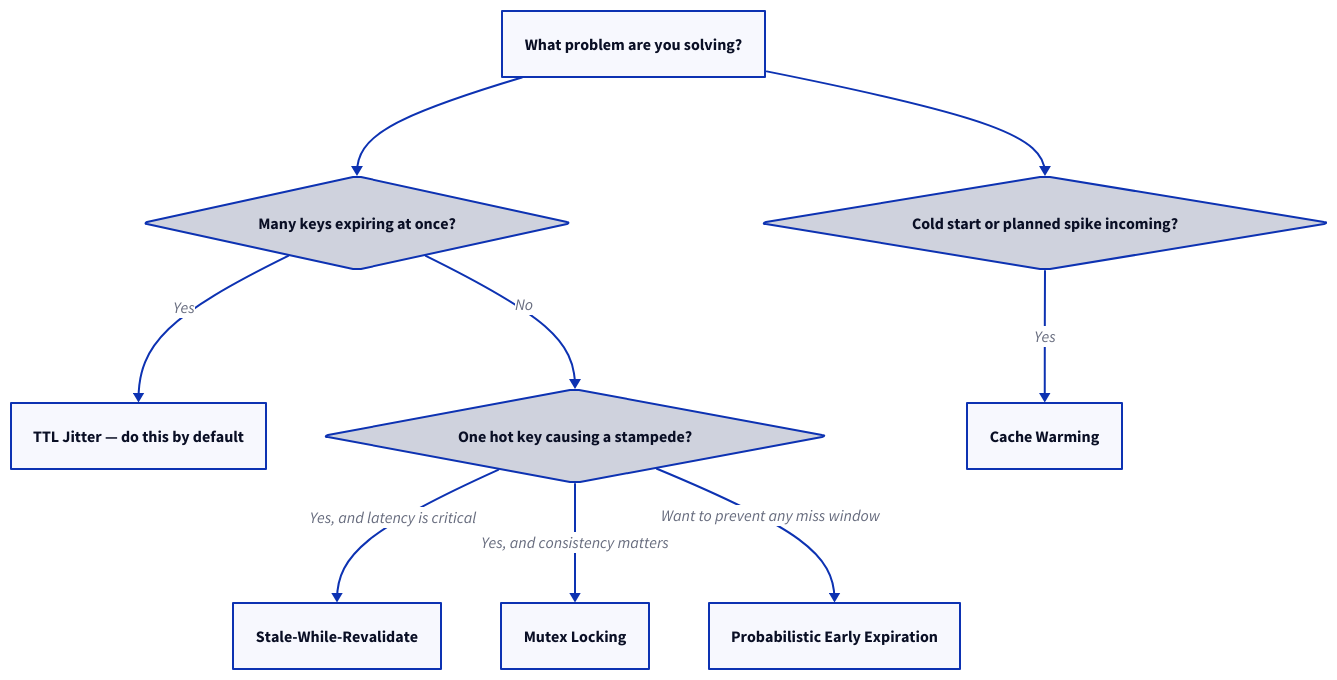
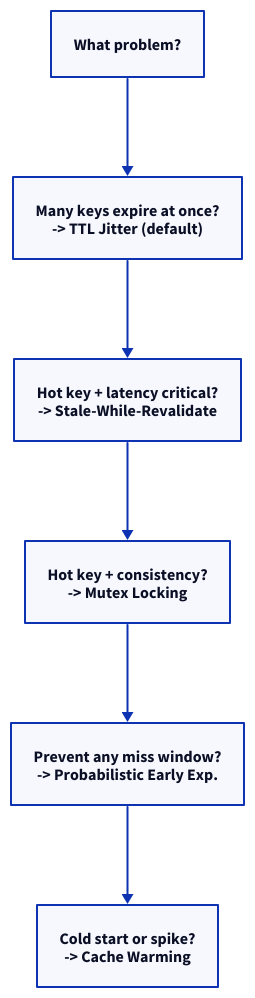
The fifth of 5 diagrams in src/content/blog/caching-strategies.md (g-savitha/gsavitha.in), drawn with D2 before and after one commit. The commit also changed other lines of this file and 11 other files, not shown here.

````diff
--- a/src/content/blog/caching-strategies.md
+++ b/src/content/blog/caching-strategies.md
@@ -412,20 +390,10 @@
 ```d2
 direction: down
-Start: "What problem are you solving?"
-A: "Many keys expiring at once?" {shape: diamond}
-J: "TTL Jitter — do this by default"
-B: "One hot key causing a stampede?" {shape: diamond}
-S: "Stale-While-Revalidate"
-M: "Mutex Locking"
-P: "Probabilistic Early Expiration"
-E: "Cold start or planned spike incoming?" {shape: diamond}
-W: "Cache Warming"
-Start -> A
-A -> J: Yes
-A -> B: No
-B -> S: "Yes, and latency is critical"
-B -> M: "Yes, and consistency matters"
-B -> P: "Want to prevent any miss window"
-Start -> E
-E -> W: Yes
+Start: "What problem?" {class: primary}
+A: "Many keys expire at once?\n-> TTL Jitter (default)" {class: success}
+B: "Hot key + latency critical?\n-> Stale-While-Revalidate" {class: info}
+C: "Hot key + consistency?\n-> Mutex Locking" {class: accent}
+D: "Prevent any miss window?\n-> Probabilistic Early Exp." {class: violet}
+E: "Cold start or spike?\n-> Cache Warming" {class: teal}
+Start -> A -> B -> C -> D -> E
 ```
````
